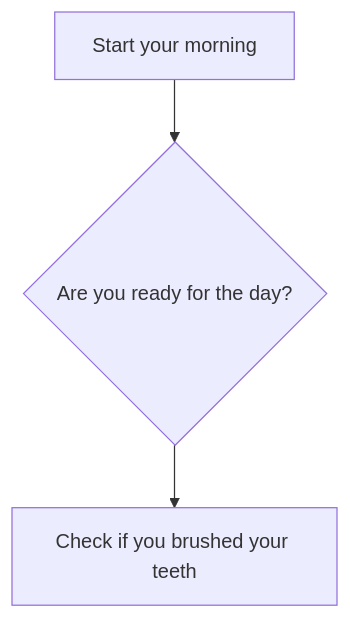
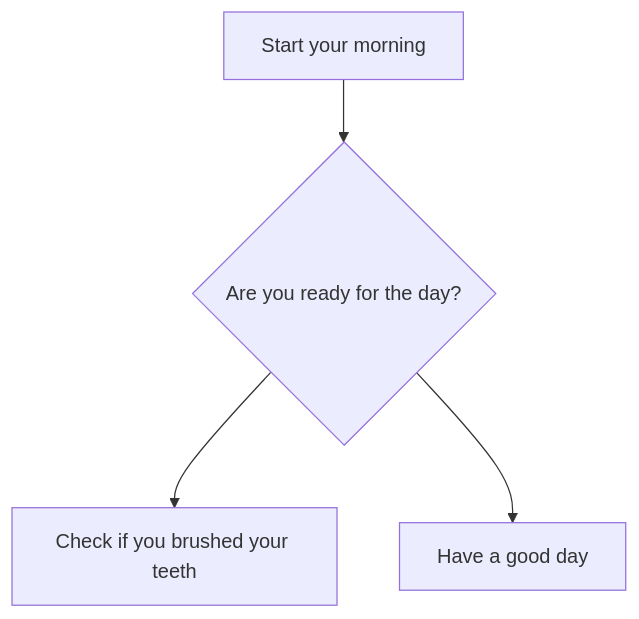
One commit to Edward3785/Edward3785.github.io changed the diagram in Diagram.md. Above: the diagram before and after it, drawn with Mermaid.

Commit message:
Added F
Have a good day

````diff
--- a/Diagram.md
+++ b/Diagram.md
@@ -3,7 +3,8 @@
 ```mermaid
  flowchart TD;
      A[Start your morning]-->B{Are you ready for the day?};
      B --> C[Check if you brushed your teeth]
+     B --> F[Have a good day]
 
 
 ```
````
